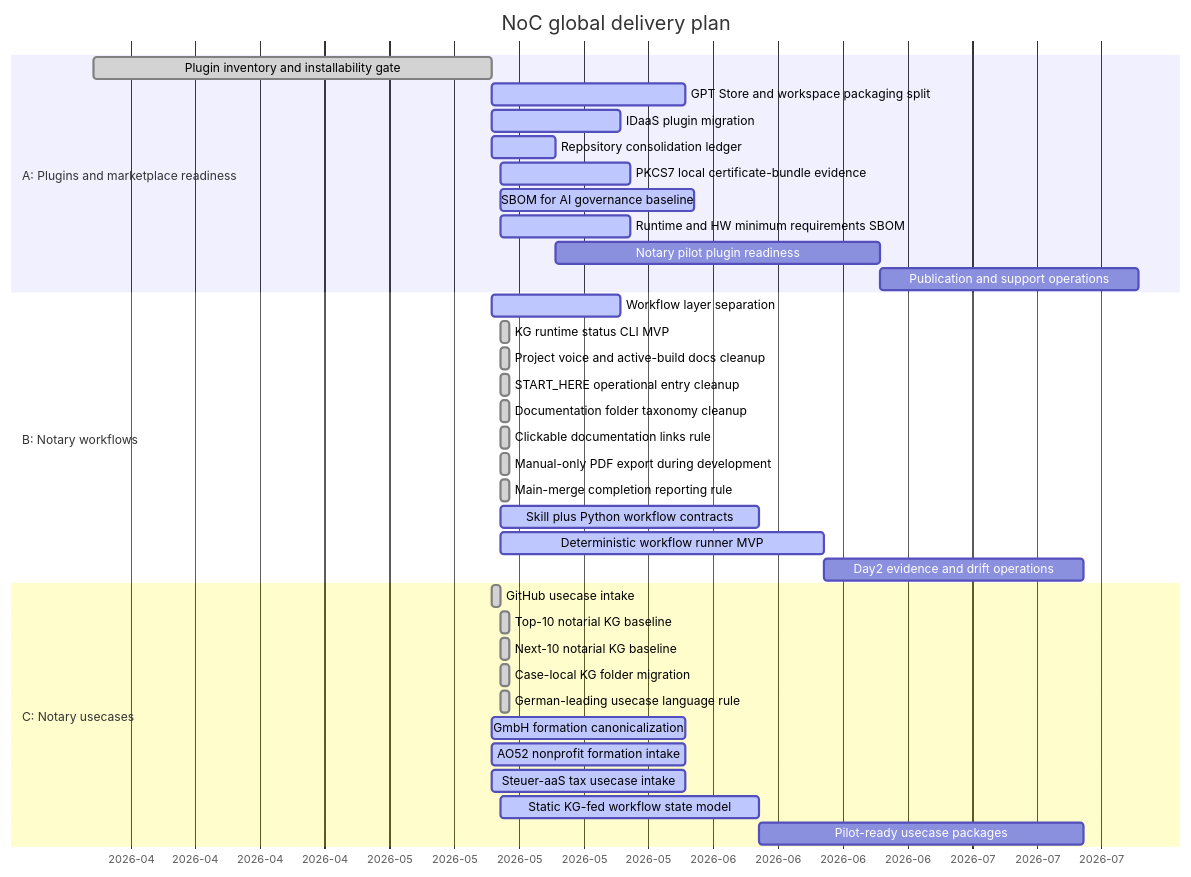
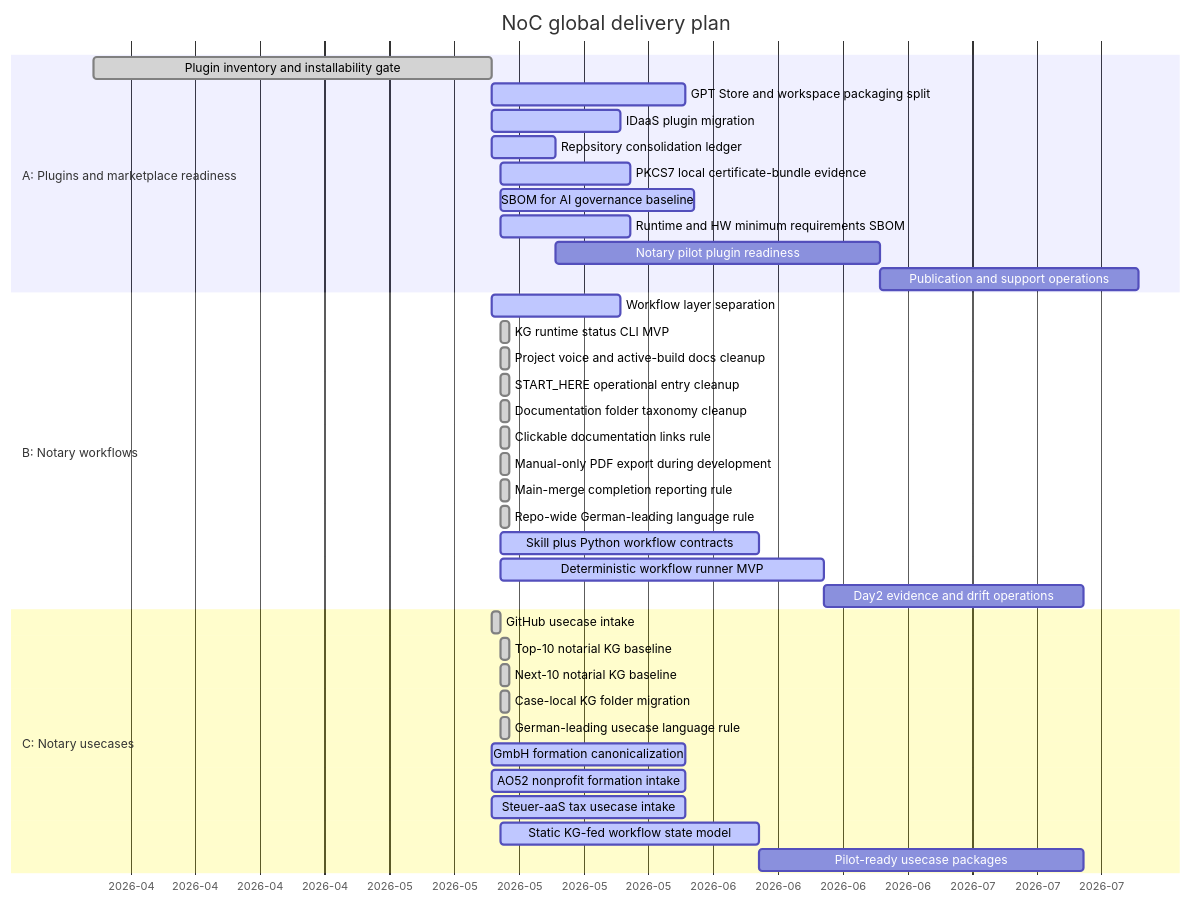
The diagram in roadmap/GANTT.md (notariat8/NaC), drawn with Mermaid before and after one commit. The commit also changed other lines of this file and 8 other files, not shown here.

Commit message:
Apply language policy repo-wide

````diff
--- a/roadmap/GANTT.md
+++ b/roadmap/GANTT.md
@@ -12,42 +12,43 @@
 ```mermaid
 gantt
     title NoC global delivery plan
     dateFormat  YYYY-MM-DD
     axisFormat  %Y-%m
 
     section A: Plugins and marketplace readiness
     Plugin inventory and installability gate     :done,    a1, 2026-04-01, 2026-05-14
     GPT Store and workspace packaging split      :active,  a2, 2026-05-14, 21d
     IDaaS plugin migration                       :active,  a3, 2026-05-14, 14d
     Repository consolidation ledger              :active,  a4, 2026-05-14, 7d
     PKCS7 local certificate-bundle evidence      :active,  a4a, 2026-05-15, 14d
     SBOM for AI governance baseline              :active,  a4b, 2026-05-15, 21d
     Runtime and HW minimum requirements SBOM     :active,  a4c, 2026-05-15, 14d
     Notary pilot plugin readiness                :         a5, after a4, 35d
     Publication and support operations           :         a6, after a5, 28d
 
     section B: Notary workflows
     Workflow layer separation                    :active,  b1, 2026-05-14, 14d
     KG runtime status CLI MVP                    :done,    b1a, 2026-05-15, 1d
     Project voice and active-build docs cleanup  :done,    b1b, 2026-05-15, 1d
     START_HERE operational entry cleanup         :done,    b1c, 2026-05-15, 1d
     Documentation folder taxonomy cleanup        :done,    b1d, 2026-05-15, 1d
     Clickable documentation links rule           :done,    b1e, 2026-05-15, 1d
     Manual-only PDF export during development    :done,    b1f, 2026-05-15, 1d
     Main-merge completion reporting rule         :done,    b1g, 2026-05-15, 1d
+    Repo-wide German-leading language rule       :done,    b1h, 2026-05-15, 1d
     Skill plus Python workflow contracts         :active,  b2, 2026-05-15, 28d
     Deterministic workflow runner MVP            :active,  b3, 2026-05-15, 35d
     Day2 evidence and drift operations           :         b4, after b3, 28d
 
     section C: Notary usecases
     GitHub usecase intake                        :done,    c1, 2026-05-14, 1d
     Top-10 notarial KG baseline                  :done,    c2, 2026-05-15, 1d
     Next-10 notarial KG baseline                 :done,    c3, 2026-05-15, 1d
     Case-local KG folder migration               :done,    c3a, 2026-05-15, 1d
     German-leading usecase language rule         :done,    c3b, 2026-05-15, 1d
     GmbH formation canonicalization              :active,  c4, 2026-05-14, 21d
     AO52 nonprofit formation intake              :active,  c5, 2026-05-14, 21d
     Steuer-aaS tax usecase intake                :active,  c6, 2026-05-14, 21d
     Static KG-fed workflow state model           :active,  c7, 2026-05-15, 28d
     Pilot-ready usecase packages                 :         c8, after c7, 35d
 ```
````
